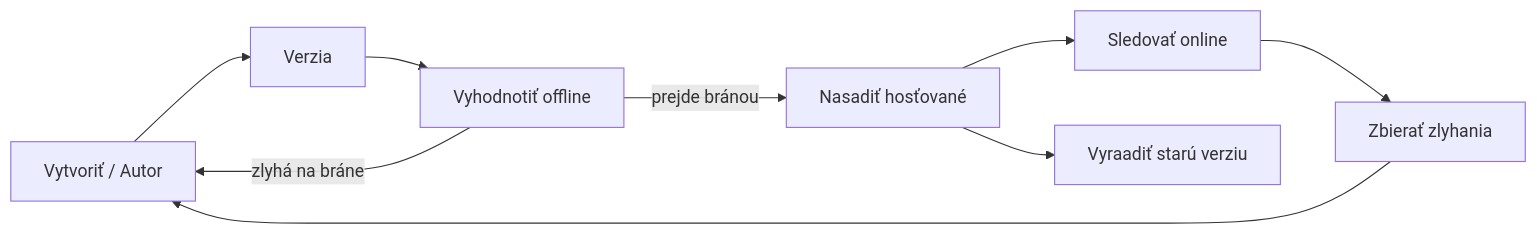
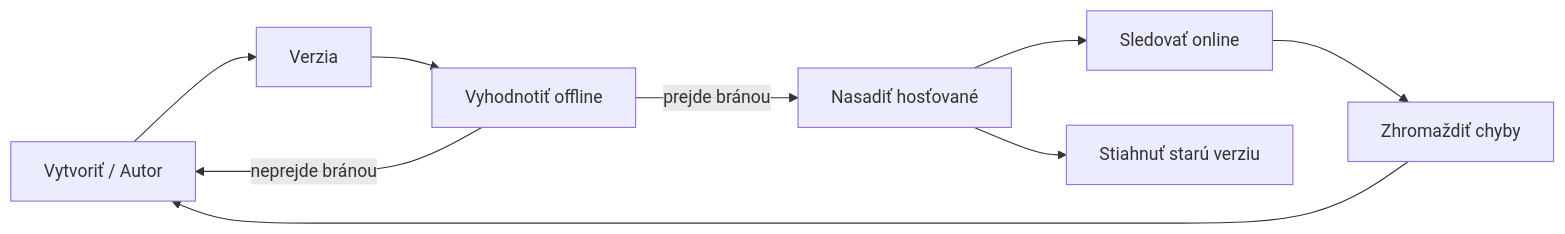
The second of 4 diagrams in mirrors/repos/microsoft@ai-agents-for-beginners/translations/sk/16-deploying-scalable-agents/README.md (gabrielmoreira/agent-skills-mirror), drawn with Mermaid before and after one commit. The commit also changed other lines of this file and 4262 other files, not shown here.

````diff
--- a/mirrors/repos/microsoft@ai-agents-for-beginners/translations/sk/16-deploying-scalable-agents/README.md
+++ b/mirrors/repos/microsoft@ai-agents-for-beginners/translations/sk/16-deploying-scalable-agents/README.md
@@ -108,11 +108,11 @@
 ```mermaid
 flowchart LR
     Create[Vytvoriť / Autor] --> Version[Verzia]
     Version --> Evaluate[Vyhodnotiť offline]
     Evaluate -->|prejde bránou| Deploy[Nasadiť hosťované]
-    Evaluate -->|zlyhá na bráne| Create
+    Evaluate -->|neprejde bránou| Create
     Deploy --> Observe[Sledovať online]
-    Observe --> Improve[Zbierať zlyhania]
+    Observe --> Improve[Zhromaždiť chyby]
     Improve --> Create
-    Deploy --> Retire[Vyraadiť starú verziu]
+    Deploy --> Retire[Stiahnuť starú verziu]
 ```
````
